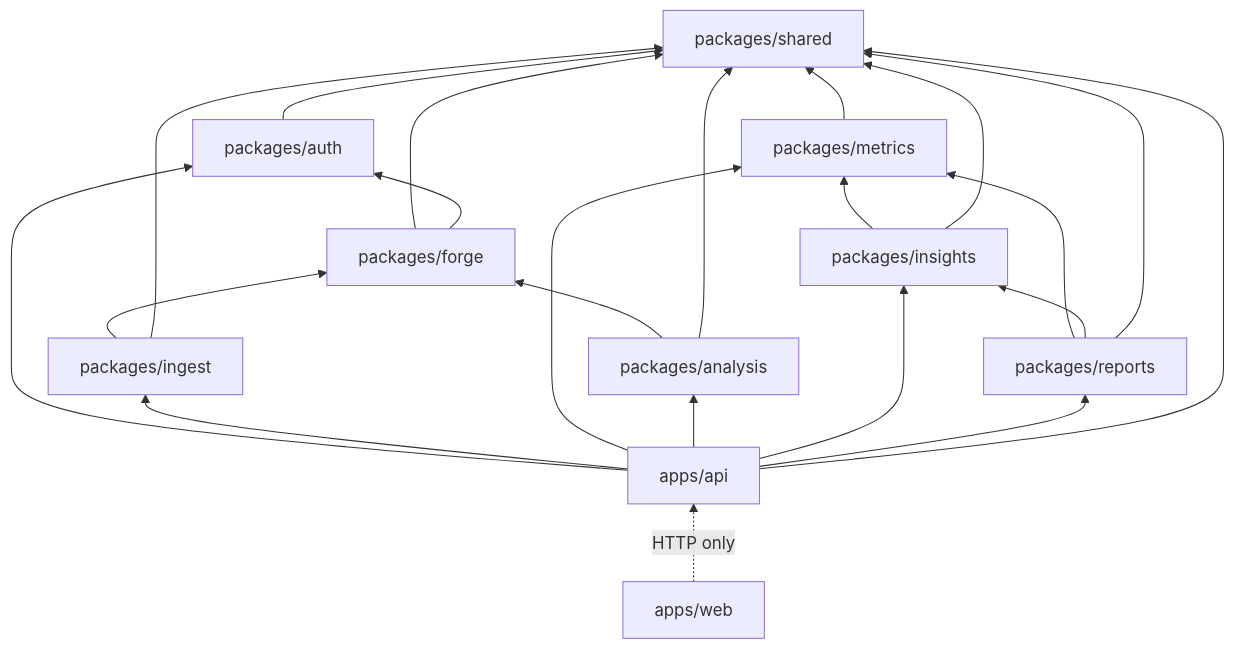
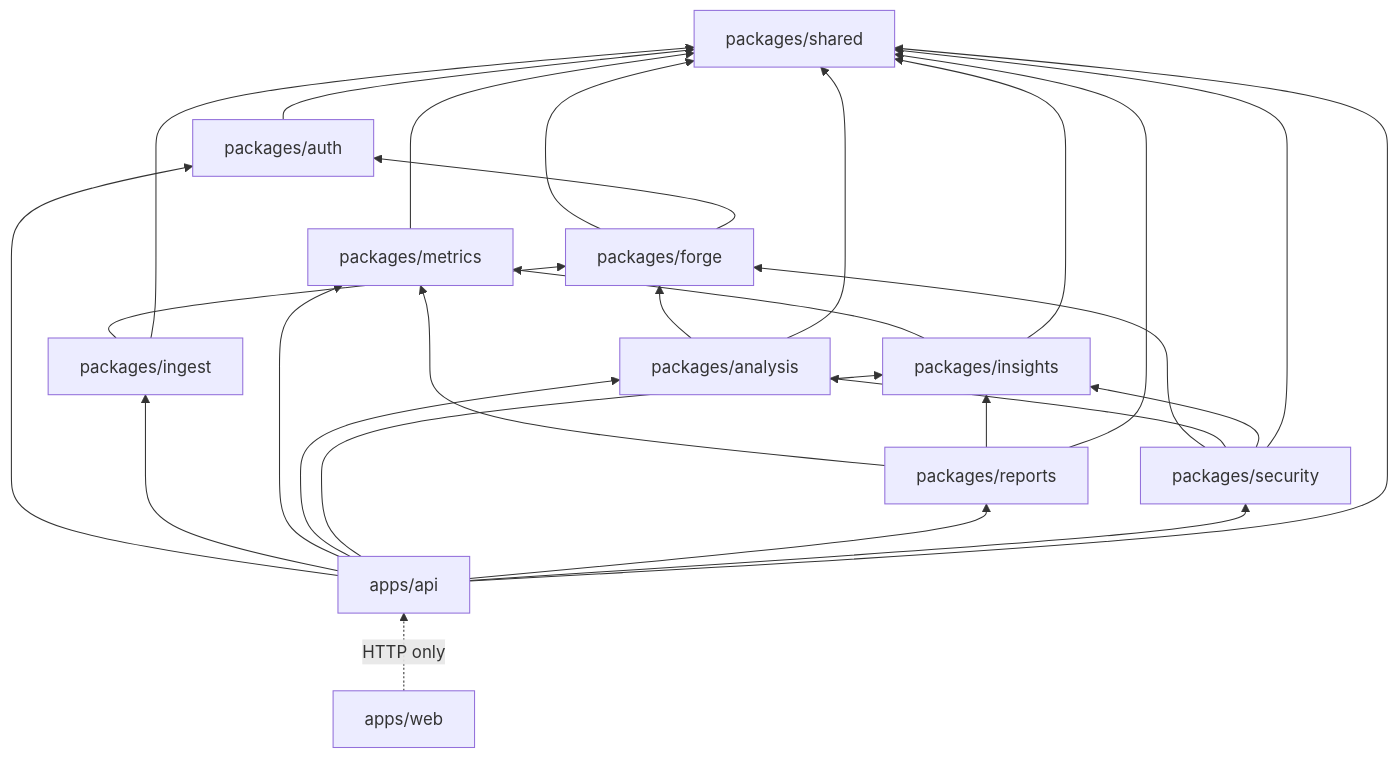
The third of 12 diagrams in docs/ARCHITECTURE.md (bpmforge/repopulse), drawn with Mermaid before and after one commit. The commit also changed other lines of this file and 6 other files, not shown here.

First line of the commit message:
docs(arch): part-1 completion — diagrams for D9/D10/D11, traceability validator, wave-gate loop

````diff
--- a/docs/ARCHITECTURE.md
+++ b/docs/ARCHITECTURE.md
@@ -94,13 +99,14 @@
 ```mermaid
 graph BT
     shared[packages/shared]
     auth[packages/auth] --> shared
     forge[packages/forge] --> shared & auth
     ingest[packages/ingest] --> forge & shared
     metrics[packages/metrics] --> shared
     analysis[packages/analysis] --> forge & shared
     insights[packages/insights] --> metrics & shared
     reports[packages/reports] --> metrics & insights & shared
-    api[apps/api] --> auth & ingest & metrics & analysis & insights & reports & shared
+    security[packages/security] --> forge & analysis & insights & shared
+    api[apps/api] --> auth & ingest & metrics & analysis & insights & reports & security & shared
     web[apps/web] -.->|HTTP only| api
 ```
````
